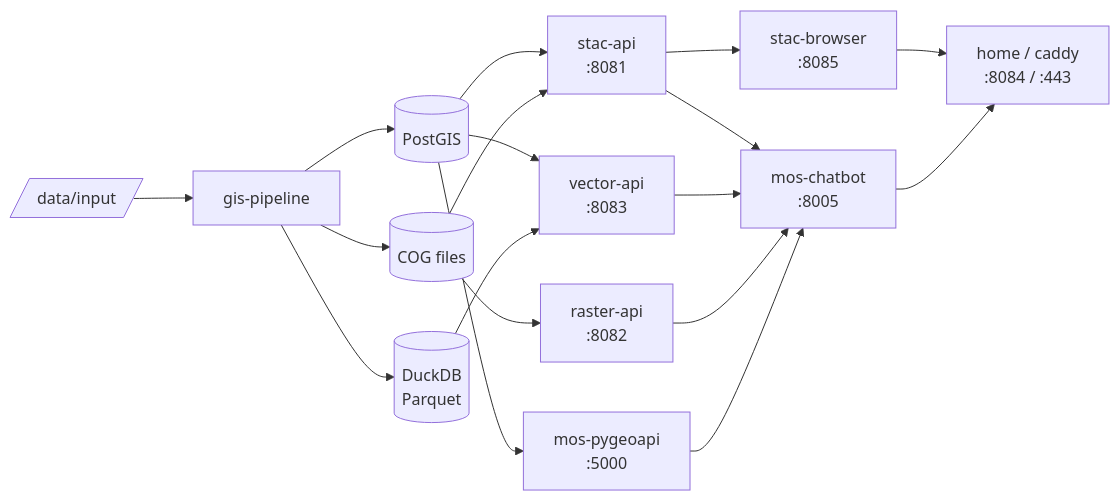
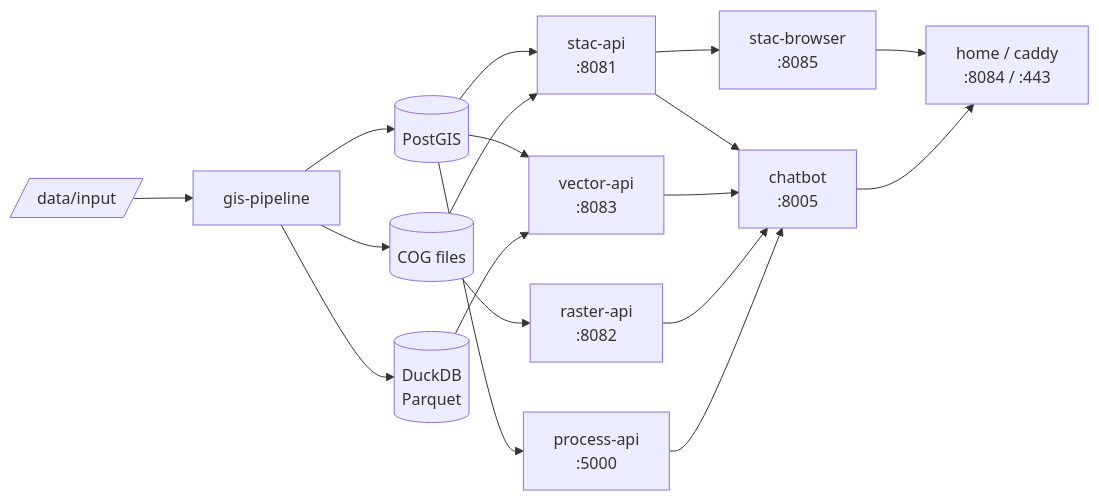
One commit to jeremie-durand/Agri-SDSS changed the diagram in docs/ARCHITECTURE.md. Above: the diagram before and after it, drawn with Mermaid. The commit also changed other lines of this file and 132 other files, not shown here.

Commit message:
refacto: remove legacy "mos" prefix from chatbot and process-api services

````diff
--- a/docs/ARCHITECTURE.md
+++ b/docs/ARCHITECTURE.md
@@ -7,25 +7,25 @@
 ```mermaid
 flowchart LR
     IN[/data/input/] --> GP[gis-pipeline]
 
     GP --> PG[(PostGIS)]
     GP --> COG[(COG files)]
     GP --> DK[(DuckDB\nParquet)]
 
     PG --> STAC[stac-api\n:8081]
     PG --> VEC[vector-api\n:8083]
     COG --> RAST[raster-api\n:8082]
     COG --> STAC
 
     DK --> VEC
-    PG --> PYGE[mos-pygeoapi\n:5000]
+    PG --> PYGE[process-api\n:5000]
 
     STAC --> SB[stac-browser\n:8085]
-    STAC --> CHAT[mos-chatbot\n:8005]
+    STAC --> CHAT[chatbot\n:8005]
     VEC --> CHAT
     RAST --> CHAT
     PYGE --> CHAT
 
     SB --> HOME[home / caddy\n:8084 / :443]
     CHAT --> HOME
 ```
````
